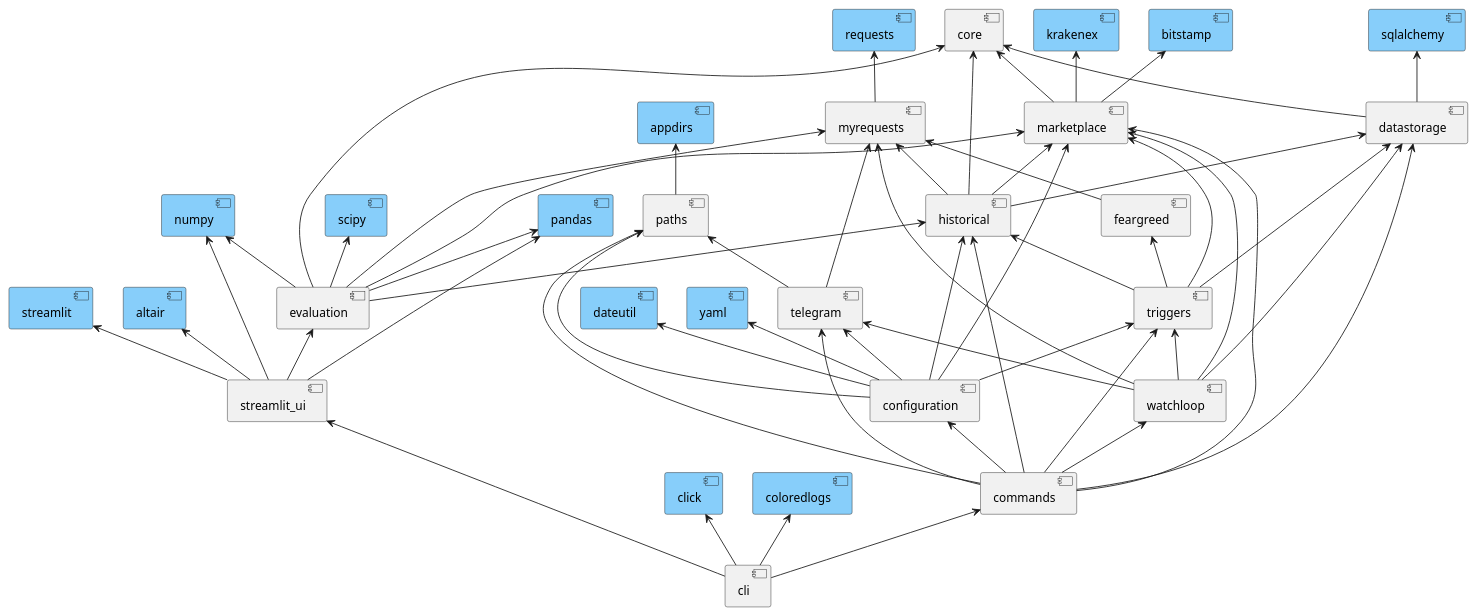
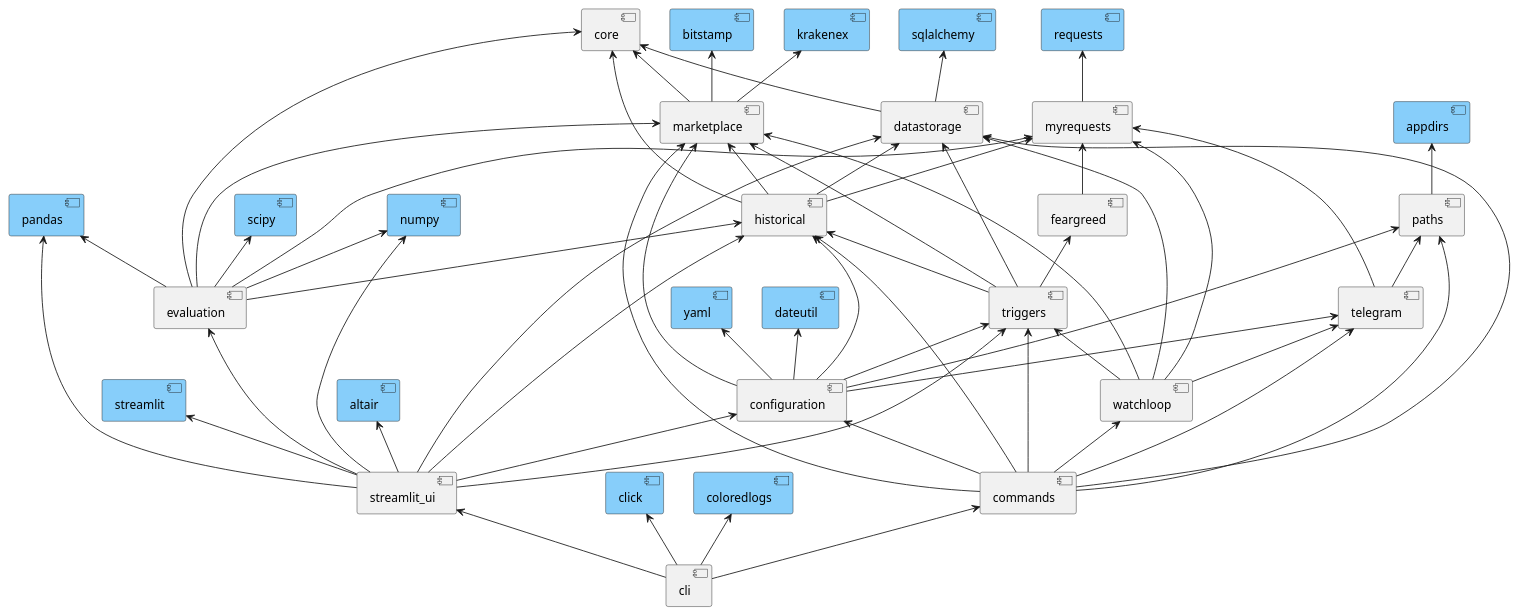
One commit to martin-ueding/vigilant-crypto-snatch changed the diagram in docs/dev/graphs/_components.puml. Above: the diagram before and after it, drawn with PlantUML.

Commit message:
Add more dependencies to graph

```diff
--- a/docs/dev/graphs/_components.puml
+++ b/docs/dev/graphs/_components.puml
@@ -1,103 +1,107 @@
 @startuml
 
 component altair #lightskyblue
 component appdirs #lightskyblue
 component bitstamp #lightskyblue
 component click #lightskyblue
 component coloredlogs #lightskyblue
 component dateutil #lightskyblue
 component krakenex #lightskyblue
 component numpy #lightskyblue
 component pandas #lightskyblue
 component requests #lightskyblue
 component scipy #lightskyblue
 component sqlalchemy #lightskyblue
 component streamlit #lightskyblue
 component yaml #lightskyblue
 
 component cli
 component commands
 component configuration
 component core
 component datastorage
 component evaluation
 component feargreed
 component historical
 component marketplace
 component marketplace
 component myrequests
 component paths
 component streamlit_ui
 component telegram
 component triggers
 component watchloop
 
 coloredlogs <-- cli
 commands <-- cli
 streamlit_ui <-- cli
 click <-- cli
 
 configuration <-- commands
 datastorage <-- commands
 historical <-- commands
 marketplace <-- commands
 paths <-- commands
 telegram <-- commands
 triggers <-- commands
 watchloop <-- commands
 
 dateutil <-- configuration
 historical <-- configuration
 marketplace <-- configuration
 paths <-- configuration
 telegram <-- configuration
 triggers <-- configuration
 yaml <-- configuration
 
 core <-- datastorage
 sqlalchemy <-- datastorage
 
 core <-- evaluation
 historical <-- evaluation
 marketplace <-- evaluation
 myrequests <-- evaluation
 numpy <-- evaluation
 pandas <-- evaluation
 scipy <-- evaluation
 
 myrequests <-- feargreed
 
 core <-- historical
 datastorage <-- historical
 marketplace <-- historical
 myrequests <-- historical
 
 bitstamp <-- marketplace
 core <-- marketplace
 krakenex <-- marketplace
 
 requests <-- myrequests
 
 appdirs <-- paths
 
 altair <-- streamlit_ui
 evaluation <-- streamlit_ui
+configuration <-- streamlit_ui
+datastorage <-- streamlit_ui
+historical <-- streamlit_ui
+triggers <-- streamlit_ui
 streamlit <-- streamlit_ui
 numpy <-- streamlit_ui
 pandas <-- streamlit_ui
 
 myrequests <-- telegram
 paths <-- telegram
 
 datastorage <-- triggers
 feargreed <-- triggers
 historical <-- triggers
 marketplace <-- triggers
 
 datastorage <-- watchloop
 marketplace <-- watchloop
 myrequests <-- watchloop
 telegram <-- watchloop
 triggers <-- watchloop
 
 @enduml
```
